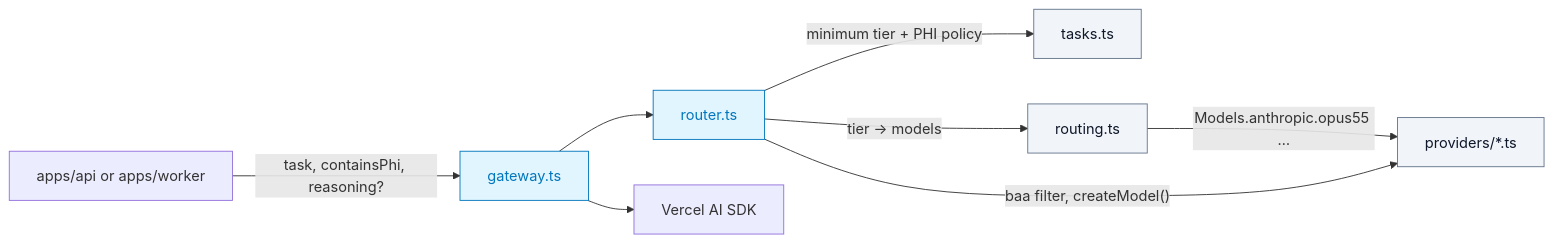
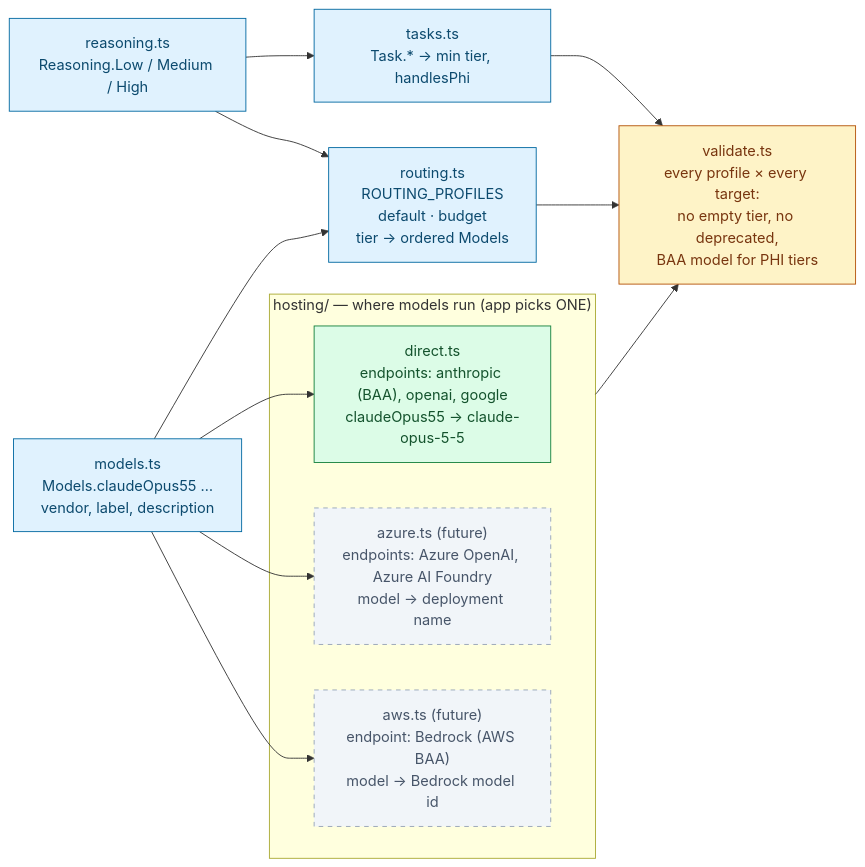
One commit to imRahul05/ASC-EHR changed the first of 3 diagrams in packages/agents/README.md. Above: the diagram before and after it, drawn with Mermaid. The commit also changed other lines of this file and 22 other files, not shown here.

First line of the commit message:
refactor(agents): split logical models from hosting targets; add config flow diagrams

````diff
--- a/packages/agents/README.md
+++ b/packages/agents/README.md
@@ -17,12 +22,28 @@
 ```mermaid
 flowchart LR
-    classDef cfg fill:#f1f5f9,stroke:#64748b,color:#0f172a
-    classDef logic fill:#e1f5fe,stroke:#0277bd,color:#0277bd
-    Caller["apps/api or apps/worker"] -->|"task, containsPhi, reasoning?"| Gateway["gateway.ts"]:::logic
-    Gateway --> Router["router.ts"]:::logic
-    Router -->|"minimum tier + PHI policy"| Tasks["tasks.ts"]:::cfg
-    Router -->|"tier → models"| Routing["routing.ts"]:::cfg
-    Routing -->|"Models.anthropic.opus55 …"| Providers["providers/*.ts"]:::cfg
-    Router -->|"baa filter, createModel()"| Providers
-    Gateway --> SDK["Vercel AI SDK"]
+    classDef cfg fill:#e0f2fe,stroke:#0369a1,color:#0c4a6e
+    classDef host fill:#dcfce7,stroke:#15803d,color:#14532d
+    classDef future fill:#f1f5f9,stroke:#94a3b8,color:#475569,stroke-dasharray: 5 5
+    classDef check fill:#fef3c7,stroke:#b45309,color:#78350f
+
+    R["reasoning.ts<br/>Reasoning.Low / Medium / High"]:::cfg
+    T["tasks.ts<br/>Task.* → min tier, handlesPhi"]:::cfg
+    M["models.ts<br/>Models.claudeOpus55 …<br/>vendor, label, description"]:::cfg
+    RT["routing.ts<br/>ROUTING_PROFILES<br/>default · budget<br/>tier → ordered Models"]:::cfg
+
+    subgraph H ["hosting/ — where models run (app picks ONE)"]
+        D["direct.ts<br/>endpoints: anthropic (BAA), openai, google<br/>claudeOpus55 → claude-opus-5-5"]:::host
+        AZ["azure.ts (future)<br/>endpoints: Azure OpenAI, Azure AI Foundry<br/>model → deployment name"]:::future
+        AW["aws.ts (future)<br/>endpoint: Bedrock (AWS BAA)<br/>model → Bedrock model id"]:::future
+    end
+
+    V["validate.ts<br/>every profile × every target:<br/>no empty tier, no deprecated,<br/>BAA model for PHI tiers"]:::check
+
+    R --> T
+    R --> RT
+    M --> RT
+    M --> D & AZ & AW
+    T --> V
+    RT --> V
+    H --> V
 ```
````
